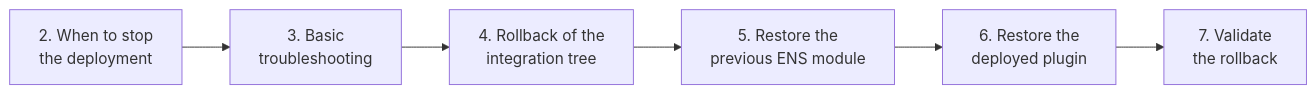
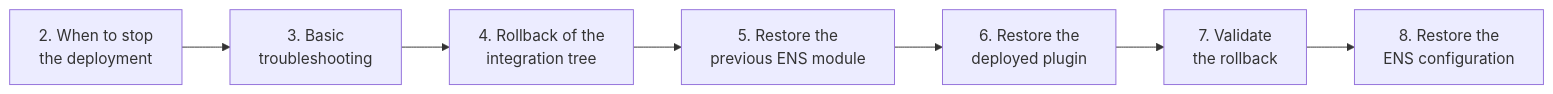
The diagram in docs/deployment/04-troubleshooting-and-rollback.en.md (arseniteio/power-ens), drawn with Mermaid before and after one commit. The commit also changed other lines of this file and 7 other files, not shown here.

````diff
--- a/docs/deployment/04-troubleshooting-and-rollback.en.md
+++ b/docs/deployment/04-troubleshooting-and-rollback.en.md
@@ -15,8 +15,9 @@
 ```mermaid
 flowchart LR
   A["2. When to stop<br/>the deployment"] --> B["3. Basic<br/>troubleshooting"]
   B --> C["4. Rollback of the<br/>integration tree"]
   C --> D["5. Restore the<br/>previous ENS module"]
   D --> E["6. Restore the<br/>deployed plugin"]
   E --> F["7. Validate<br/>the rollback"]
+  F --> G["8. Restore the<br/>ENS configuration"]
 ```
````
